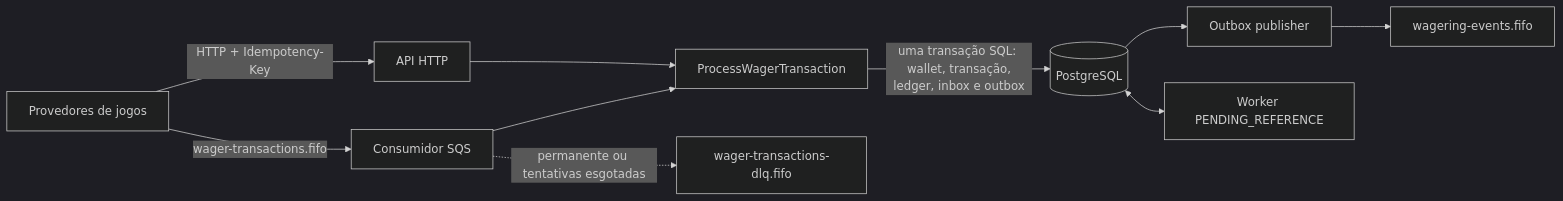
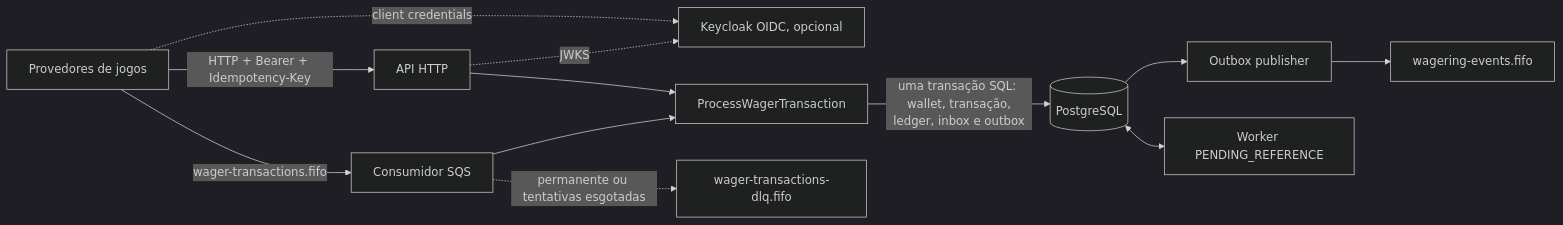
The diagram in README.md (Armandomateus41/backend-challenge), drawn with Mermaid (dark theme) before and after one commit. The commit also changed other lines of this file and 1 other file, not shown here.

````diff
--- a/README.md
+++ b/README.md
@@ -97,13 +104,16 @@
 ```mermaid
 flowchart LR
     provider[Provedores de jogos]
-    provider -->|HTTP + Idempotency-Key| api[API HTTP]
+    idp[Keycloak OIDC, opcional]
+    provider -.->|client credentials| idp
+    provider -->|HTTP + Bearer + Idempotency-Key| api[API HTTP]
+    api -.->|JWKS| idp
     provider -->|wager-transactions.fifo| consumer[Consumidor SQS]
     api --> usecase[ProcessWagerTransaction]
     consumer --> usecase
     usecase -->|uma transação SQL: wallet, transação,<br/>ledger, inbox e outbox| db[(PostgreSQL)]
     consumer -.->|permanente ou tentativas esgotadas| dlq[wager-transactions-dlq.fifo]
     db --> publisher[Outbox publisher]
     publisher --> events[wagering-events.fifo]
     db <--> pending[Worker PENDING_REFERENCE]
 ```
````
